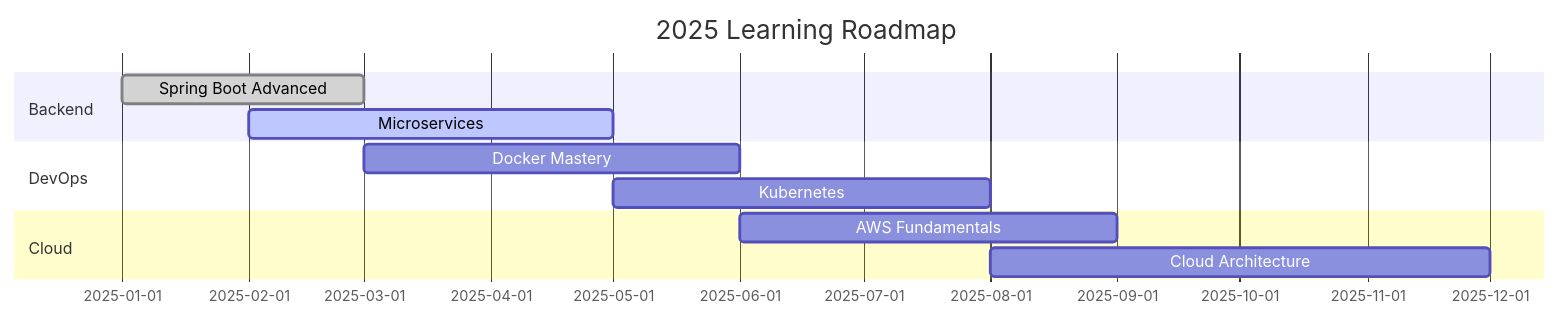
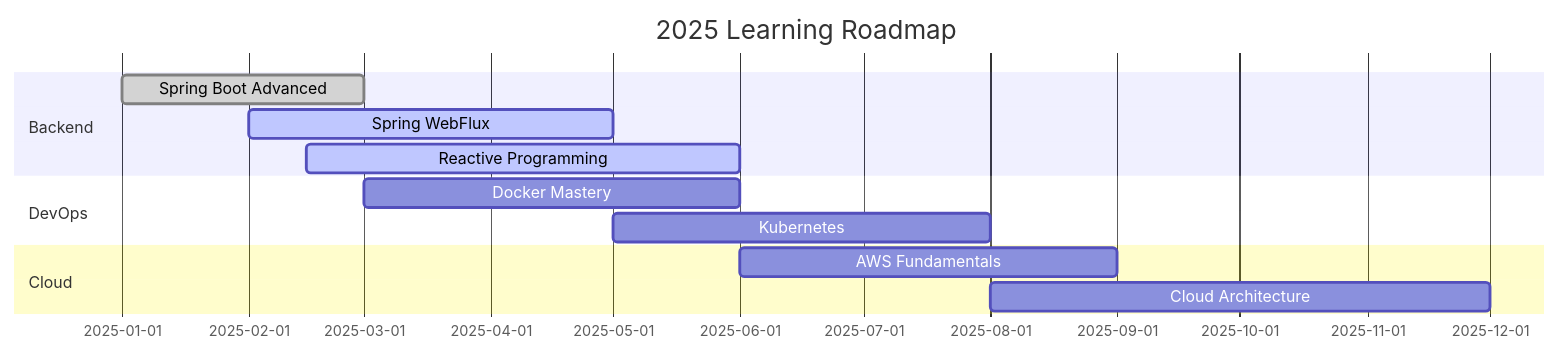
Before and after one commit to Shreyas3-git/Shreyas3-git: the diagram in README.md, drawn with Mermaid. The commit also changed other lines of this file, not shown here.

````diff
--- a/README.md
+++ b/README.md
@@ -226,14 +228,15 @@
 ```mermaid
 gantt
     title 2025 Learning Roadmap
     dateFormat  YYYY-MM-DD
     section Backend
     Spring Boot Advanced    :done, 2025-01-01, 2025-03-01
-    Microservices          :active, 2025-02-01, 2025-05-01
+    Spring WebFlux          :active, 2025-02-01, 2025-05-01
+    Reactive Programming    :active, 2025-02-15, 2025-06-01
     section DevOps
     Docker Mastery         :2025-03-01, 2025-06-01
     Kubernetes             :2025-05-01, 2025-08-01
     section Cloud
     AWS Fundamentals       :2025-06-01, 2025-09-01
     Cloud Architecture     :2025-08-01, 2025-12-01
 ```
````
